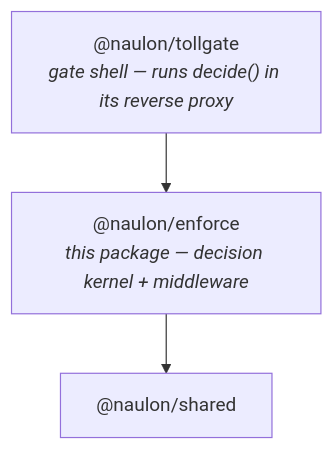
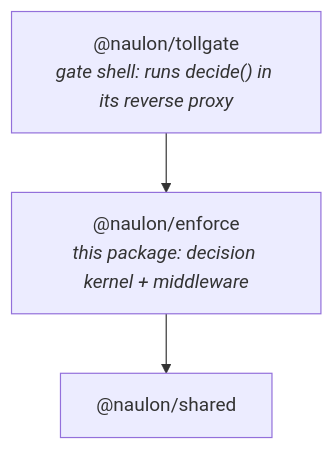
One commit to naulonapp/naulon changed the diagram in packages/enforce/README.md. Above: the diagram before and after it, drawn with Mermaid. The commit also changed other lines of this file and 19 other files, not shown here.

````diff
--- a/packages/enforce/README.md
+++ b/packages/enforce/README.md
@@ -108,5 +113,5 @@
 ```mermaid
 flowchart TD
-    tollgate["@naulon/tollgate<br/><i>gate shell — runs decide() in its reverse proxy</i>"] --> enforce
-    enforce["@naulon/enforce<br/><i>this package — decision kernel + middleware</i>"] --> shared["@naulon/shared"]
+    tollgate["@naulon/tollgate<br/><i>gate shell: runs decide() in its reverse proxy</i>"] --> enforce
+    enforce["@naulon/enforce<br/><i>this package: decision kernel + middleware</i>"] --> shared["@naulon/shared"]
 ```
````
